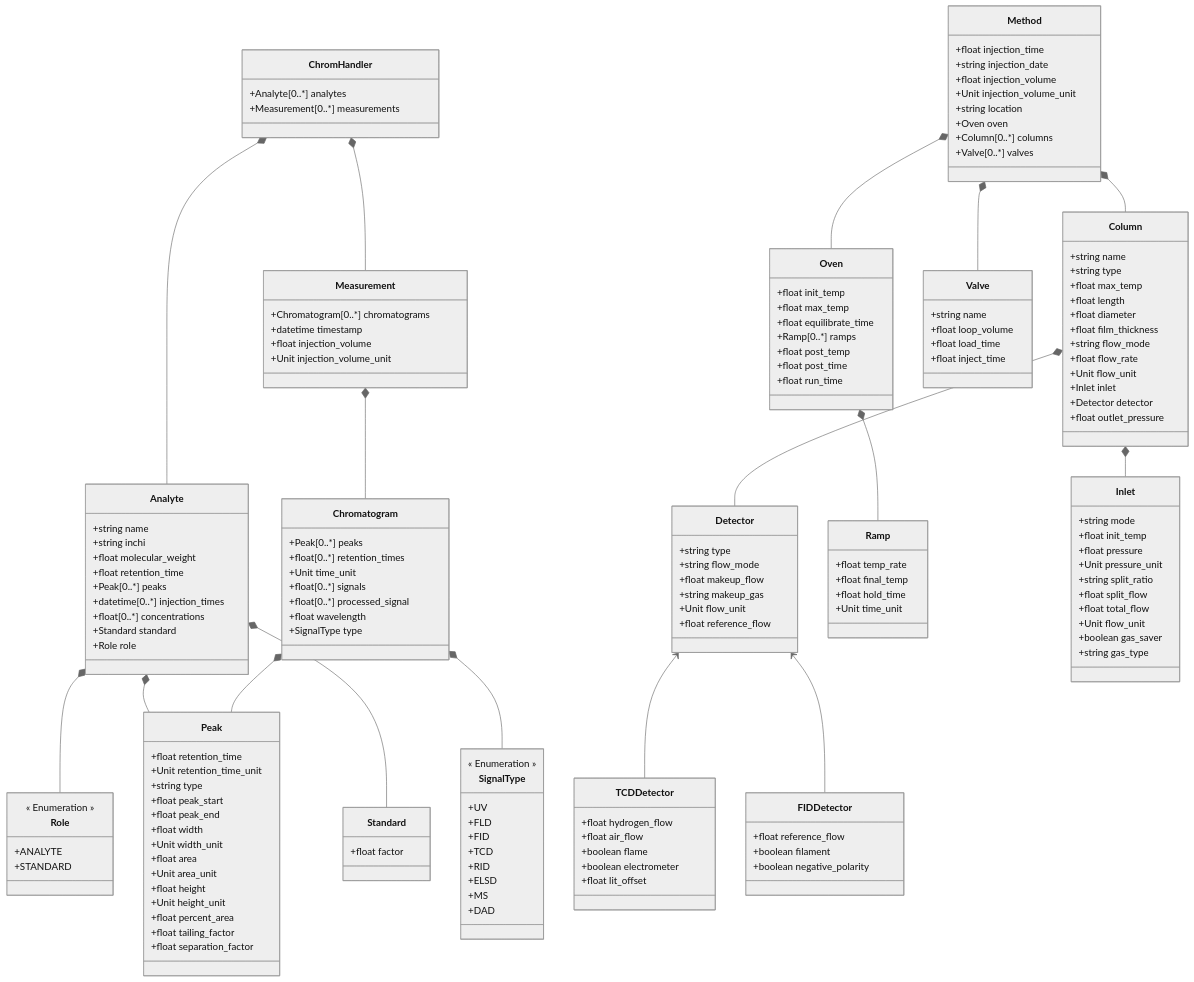
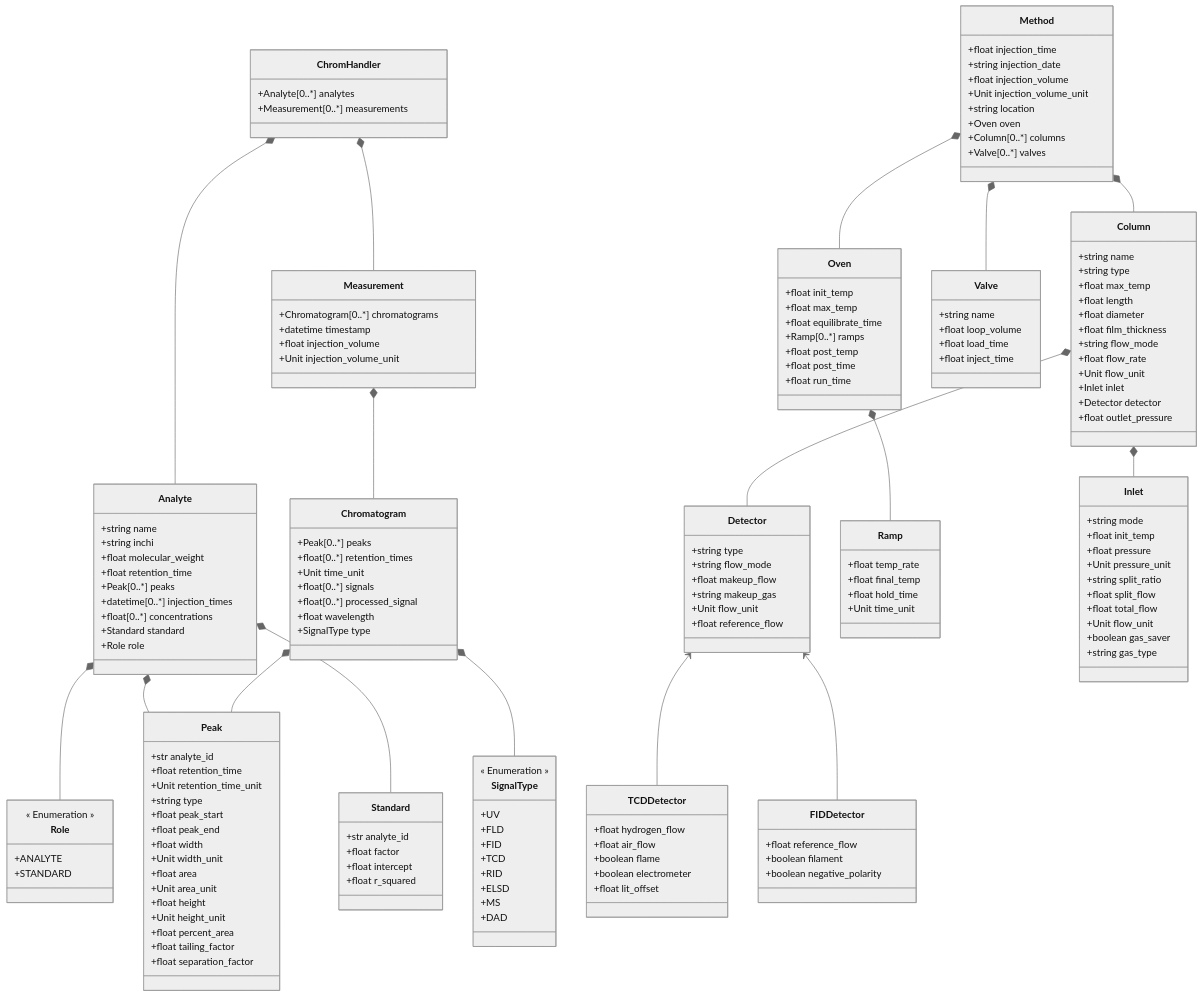
One commit to FAIRChemistry/chromatopy changed the diagram in chromatopy/schemes/chromatopy_schema.md. Above: the diagram before and after it, drawn with Mermaid (neutral theme). The commit also changed 7 other files, not shown here.

```diff
--- a/chromatopy/schemes/chromatopy_schema.md
+++ b/chromatopy/schemes/chromatopy_schema.md
@@ -52,6 +52,7 @@
     }
     
     class Peak {
+        +str analyte_id
         +float retention_time
         +Unit retention_time_unit
         +string type
@@ -69,7 +70,10 @@
     }
     
     class Standard {
+        +str analyte_id
         +float factor
+        +float intercept
+        +float r_squared
     }
     
     class Method {
```
